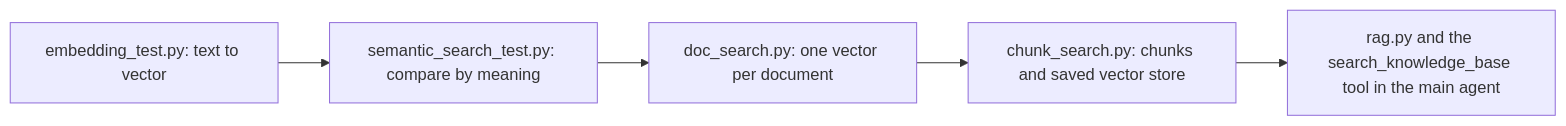
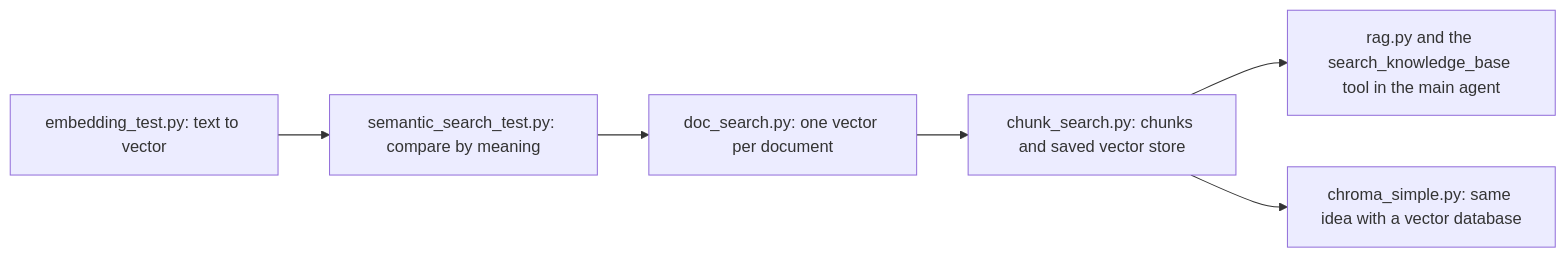
One commit to MAZHARMIK/python-ai-agent-ollama changed the second of 2 diagrams in Code Snippets/README.md. Above: the diagram before and after it, drawn with Mermaid. The commit also changed other lines of this file, not shown here.

````diff
--- a/Code Snippets/README.md
+++ b/Code Snippets/README.md
@@ -51,7 +53,8 @@
 ```mermaid
 flowchart LR
     E1[embedding_test.py: text to vector] --> E2[semantic_search_test.py: compare by meaning]
     E2 --> D[doc_search.py: one vector per document]
     D --> C[chunk_search.py: chunks and saved vector store]
     C --> R[rag.py and the search_knowledge_base tool in the main agent]
+    C --> V[chroma_simple.py: same idea with a vector database]
 ```
````
